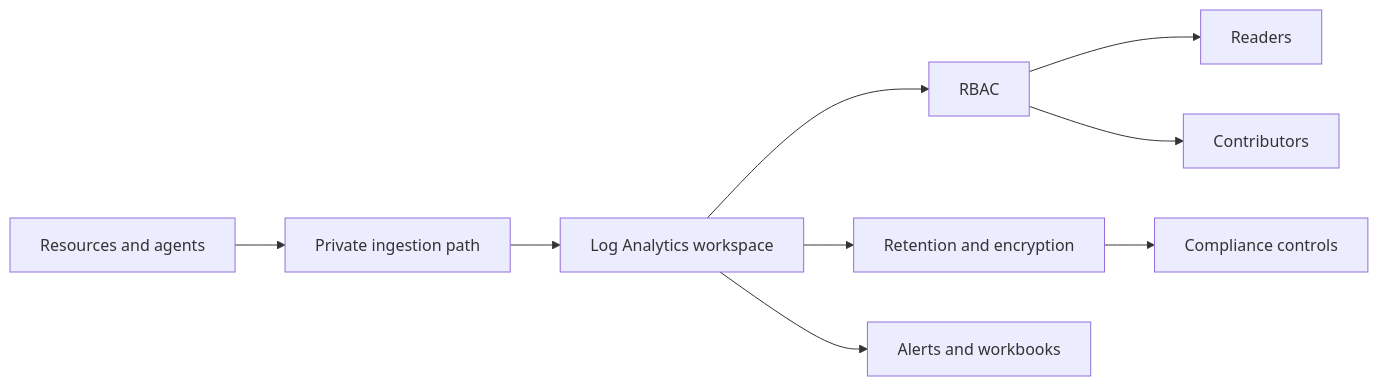
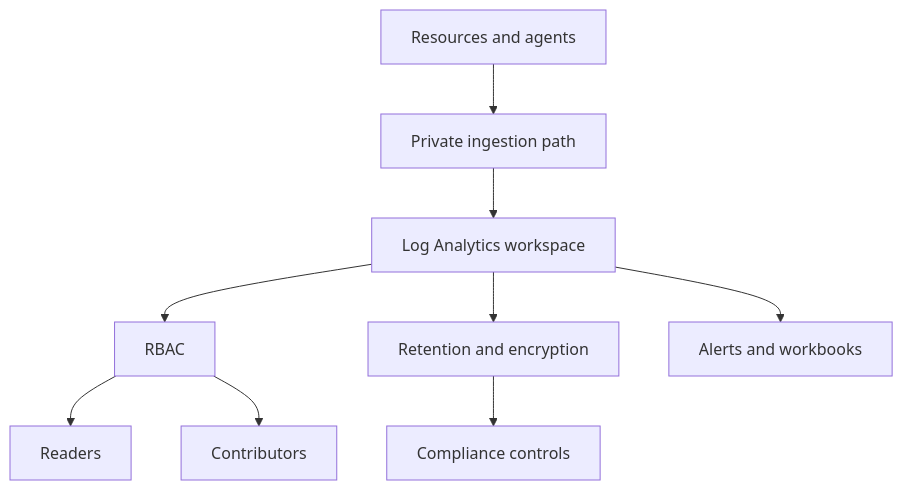
The diagram in docs/best-practices/security-and-access.md (yeongseon/azure-monitoring-practical-guide), drawn with Mermaid before and after one commit. The commit also changed 43 other files, not shown here.

First line of the commit message:
docs: convert LR diagrams to TD for readability and add orientation rule

````diff
--- a/docs/best-practices/security-and-access.md
+++ b/docs/best-practices/security-and-access.md
@@ -18,11 +18,11 @@
 ```mermaid
-flowchart LR
+flowchart TD
     A[Resources and agents] --> B[Private ingestion path]
     B --> C[Log Analytics workspace]
     C --> D[RBAC]
     C --> E[Retention and encryption]
     D --> F[Readers]
     D --> G[Contributors]
     E --> H[Compliance controls]
     C --> I[Alerts and workbooks]
 ```
````
